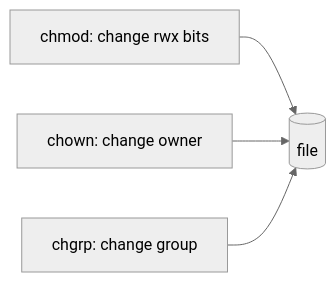
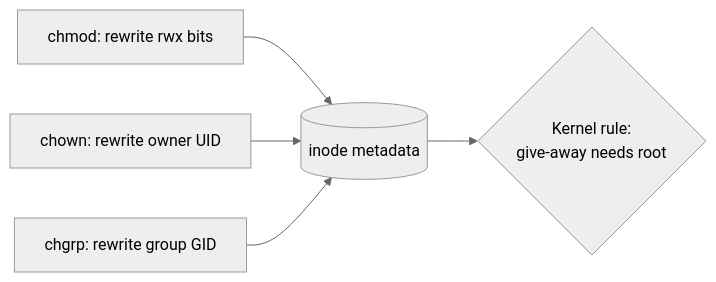
One commit to cloud-prakhar/learning-linux changed the diagram in 04-users-groups-permissions/chmod-chown-chgrp.md. Above: the diagram before and after it, drawn with Mermaid (neutral theme). The commit also changed other lines of this file and 69 other files, not shown here.

````diff
--- a/04-users-groups-permissions/chmod-chown-chgrp.md
+++ b/04-users-groups-permissions/chmod-chown-chgrp.md
@@ -39,6 +45,7 @@
 ```mermaid
 flowchart LR
-    A[chmod: change rwx bits] --> F[(file)]
-    B[chown: change owner] --> F
-    C[chgrp: change group] --> F
+    A[chmod: rewrite rwx bits] --> F[(inode metadata)]
+    B[chown: rewrite owner UID] --> F
+    C[chgrp: rewrite group GID] --> F
+    F --> K{Kernel rule:<br/>give-away needs root}
 ```
````
